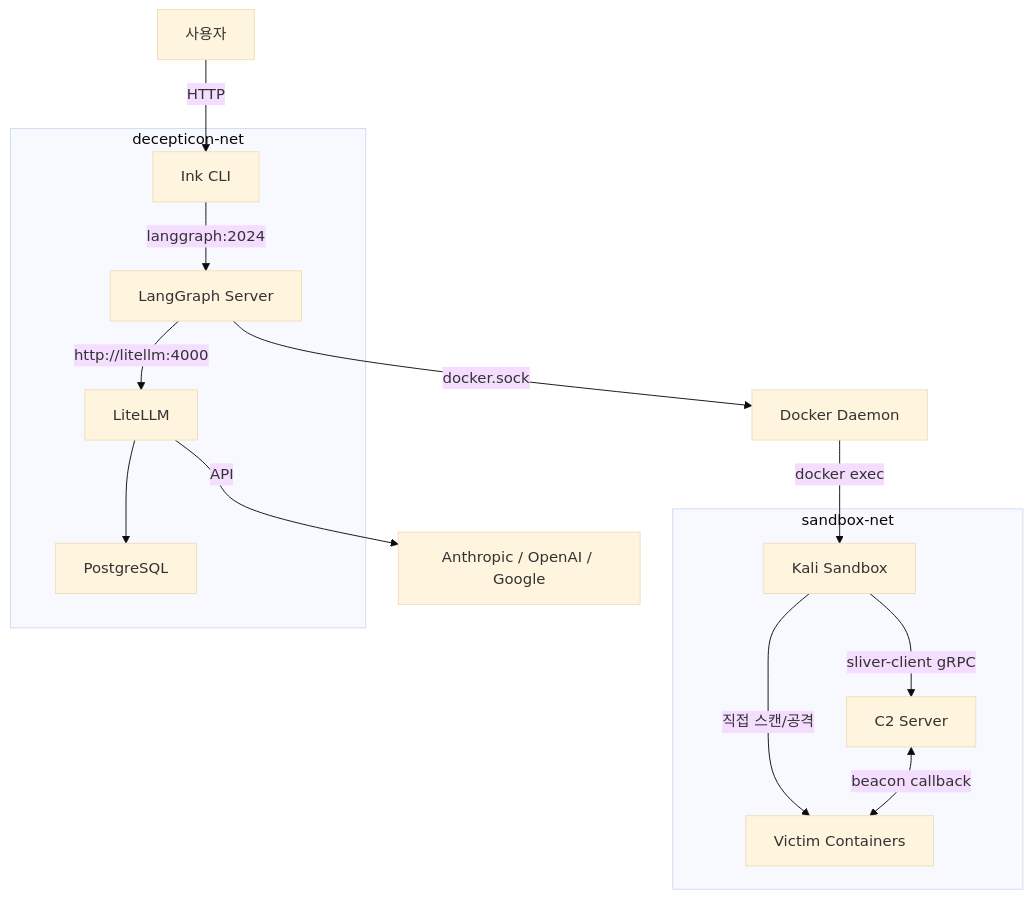
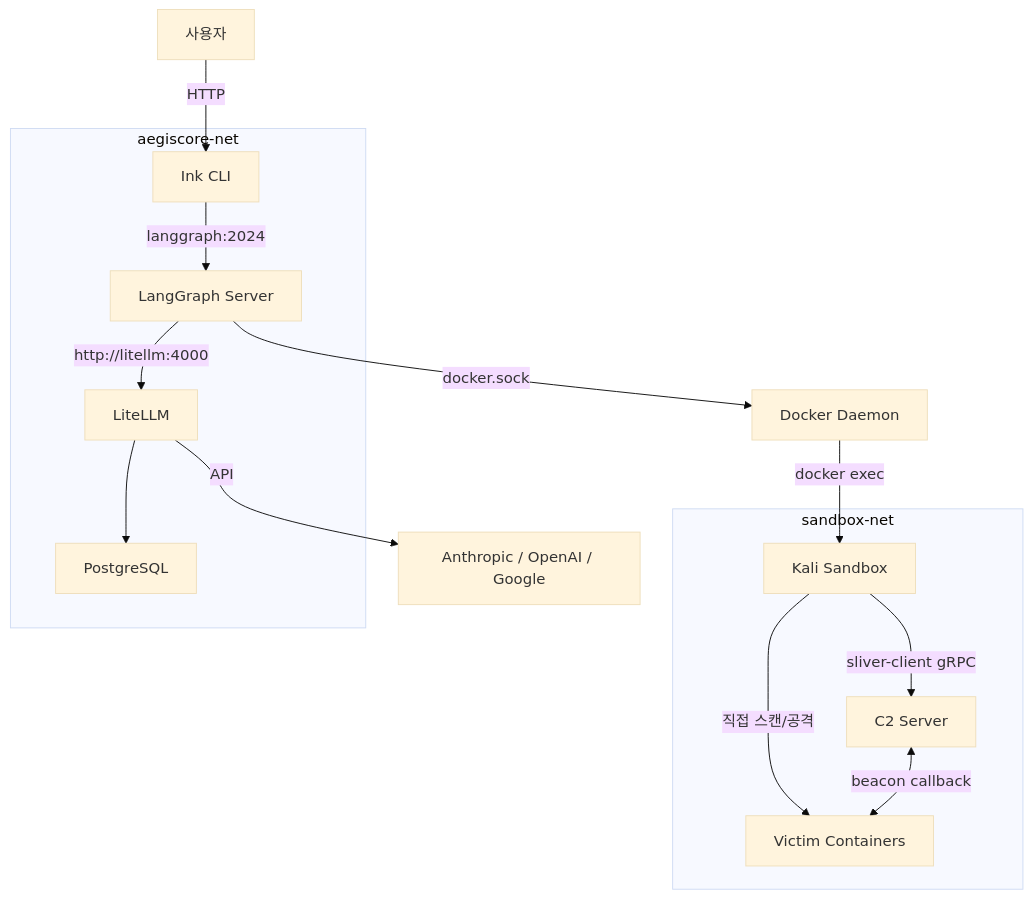
One commit to karishmaram-tech/AegisCore changed the ninth of 12 diagrams in docs/architecture/red-team-infrastructure.md. Above: the diagram before and after it, drawn with Mermaid (base theme). The commit also changed other lines of this file and 236 other files, not shown here.

````diff
--- a/docs/architecture/red-team-infrastructure.md
+++ b/docs/architecture/red-team-infrastructure.md
@@ -456,28 +456,28 @@
 ```mermaid
 flowchart TB
     USER["사용자"] -->|HTTP| CLI["Ink CLI"]
     CLI -->|langgraph:2024| LG["LangGraph Server"]
     LG -->|http://litellm:4000| LITELLM["LiteLLM"]
     LITELLM -->|API| PROVIDERS["Anthropic / OpenAI / Google"]
     LITELLM --> PG["PostgreSQL"]
 
     LG -->|docker.sock| DOCKER["Docker Daemon"]
     DOCKER -->|docker exec| KALI["Kali Sandbox"]
 
     KALI -->|직접 스캔/공격| TARGET["Victim Containers"]
     KALI -->|sliver-client gRPC| C2["C2 Server"]
     C2 <-->|beacon callback| TARGET
 
     subgraph sandbox-net
         KALI
         C2
         TARGET
     end
 
-    subgraph decepticon-net
+    subgraph aegiscore-net
         CLI
         LG
         LITELLM
         PG
     end
 ```
````
